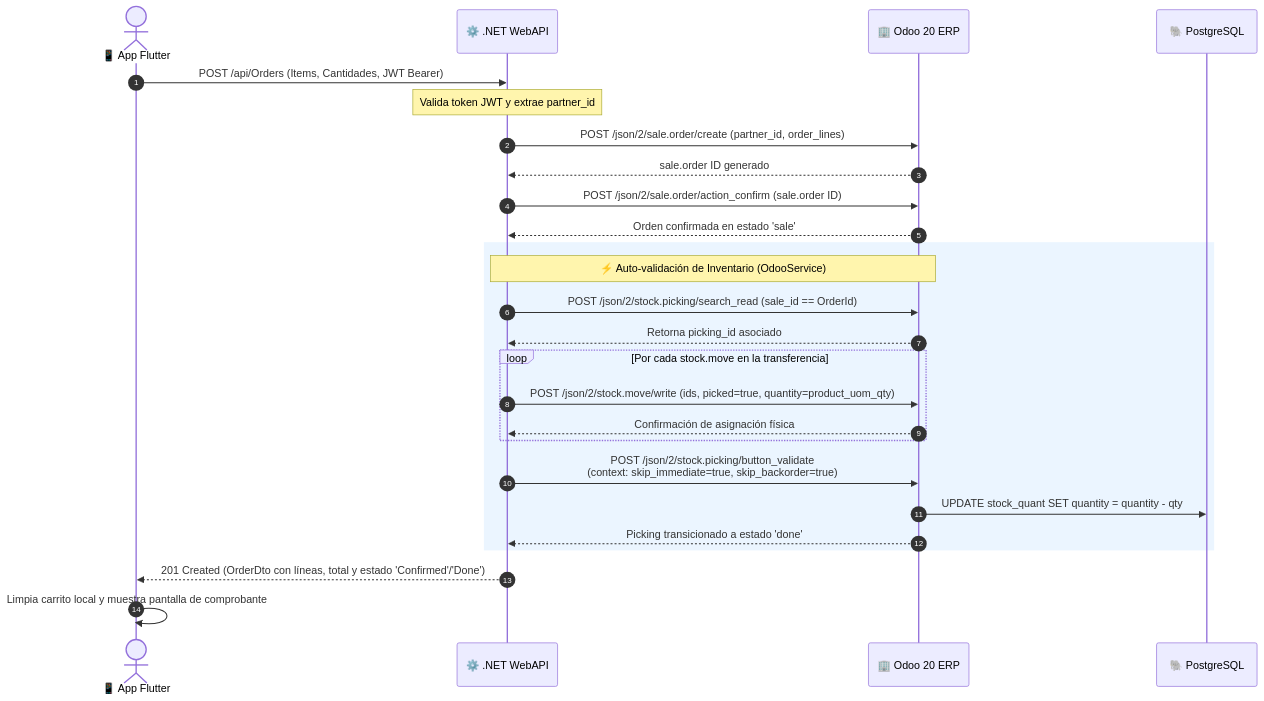
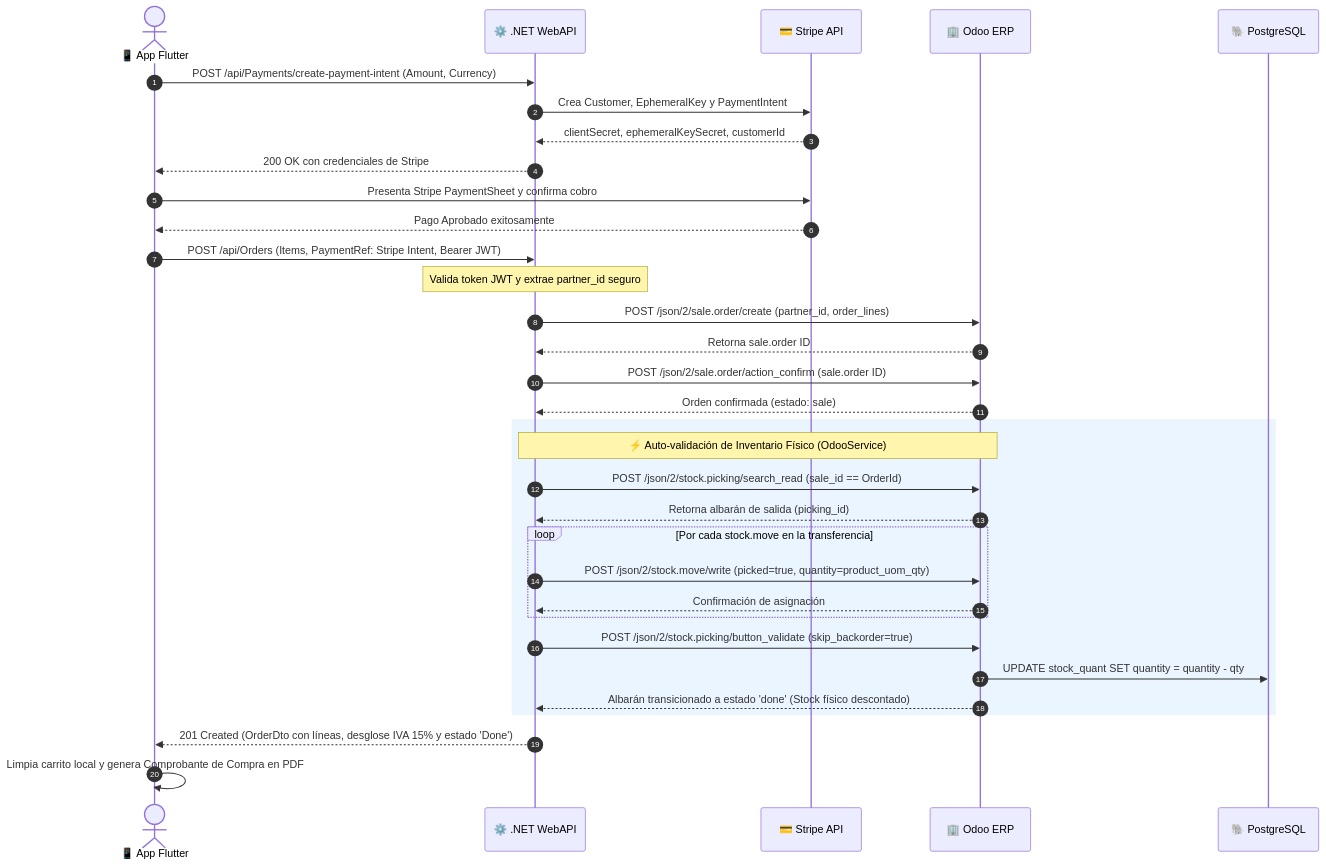
One commit to Isra1322/Proyecto_Moviles changed the third of 3 diagrams in README.md. Above: the diagram before and after it, drawn with Mermaid. The commit also changed other lines of this file, not shown here.

````diff
--- a/README.md
+++ b/README.md
@@ -124,33 +249,42 @@
 ```mermaid
 sequenceDiagram
     autonumber
     actor Cliente as 📱 App Flutter
     participant API as ⚙️ .NET WebAPI
-    participant Odoo as 🏢 Odoo 20 ERP
-    participant DB as 🐘 PostgreSQL
+    participant Stripe as 💳 Stripe API
+    participant Odoo as 🏢 Odoo ERP
+    participant Postgres as 🐘 PostgreSQL
 
-    Cliente->>API: POST /api/Orders (Items, Cantidades, JWT Bearer)
-    Note over API: Valida token JWT y extrae partner_id
+    Cliente->>API: POST /api/Payments/create-payment-intent (Amount, Currency)
+    API->>Stripe: Crea Customer, EphemeralKey y PaymentIntent
+    Stripe-->>API: clientSecret, ephemeralKeySecret, customerId
+    API-->>Cliente: 200 OK con credenciales de Stripe
+    
+    Cliente->>Stripe: Presenta Stripe PaymentSheet y confirma cobro
+    Stripe-->>Cliente: Pago Aprobado exitosamente
+
+    Cliente->>API: POST /api/Orders (Items, PaymentRef: Stripe Intent, Bearer JWT)
+    Note over API: Valida token JWT y extrae partner_id seguro
     API->>Odoo: POST /json/2/sale.order/create (partner_id, order_lines)
-    Odoo-->>API: sale.order ID generado
+    Odoo-->>API: Retorna sale.order ID
     API->>Odoo: POST /json/2/sale.order/action_confirm (sale.order ID)
-    Odoo-->>API: Orden confirmada en estado 'sale'
-    
+    Odoo-->>API: Orden confirmada (estado: sale)
+
     rect rgb(235, 245, 255)
-        Note over API, Odoo: ⚡ Auto-validación de Inventario (OdooService)
+        Note over API, Odoo: ⚡ Auto-validación de Inventario Físico (OdooService)
         API->>Odoo: POST /json/2/stock.picking/search_read (sale_id == OrderId)
-        Odoo-->>API: Retorna picking_id asociado
+        Odoo-->>API: Retorna albarán de salida (picking_id)
         
         loop Por cada stock.move en la transferencia
-            API->>Odoo: POST /json/2/stock.move/write (ids, picked=true, quantity=product_uom_qty)
-            Odoo-->>API: Confirmación de asignación física
+            API->>Odoo: POST /json/2/stock.move/write (picked=true, quantity=product_uom_qty)
+            Odoo-->>API: Confirmación de asignación
         end
 
-        API->>Odoo: POST /json/2/stock.picking/button_validate<br/>(context: skip_immediate=true, skip_backorder=true)
-        Odoo->>DB: UPDATE stock_quant SET quantity = quantity - qty
-        Odoo-->>API: Picking transicionado a estado 'done'
+        API->>Odoo: POST /json/2/stock.picking/button_validate (skip_backorder=true)
+        Odoo->>Postgres: UPDATE stock_quant SET quantity = quantity - qty
+        Odoo-->>API: Albarán transicionado a estado 'done' (Stock físico descontado)
     end
 
-    API-->>Cliente: 201 Created (OrderDto con líneas, total y estado 'Confirmed'/'Done')
-    Cliente->>Cliente: Limpia carrito local y muestra pantalla de comprobante
+    API-->>Cliente: 201 Created (OrderDto con líneas, desglose IVA 15% y estado 'Done')
+    Cliente->>Cliente: Limpia carrito local y genera Comprobante de Compra en PDF
 ```
````
